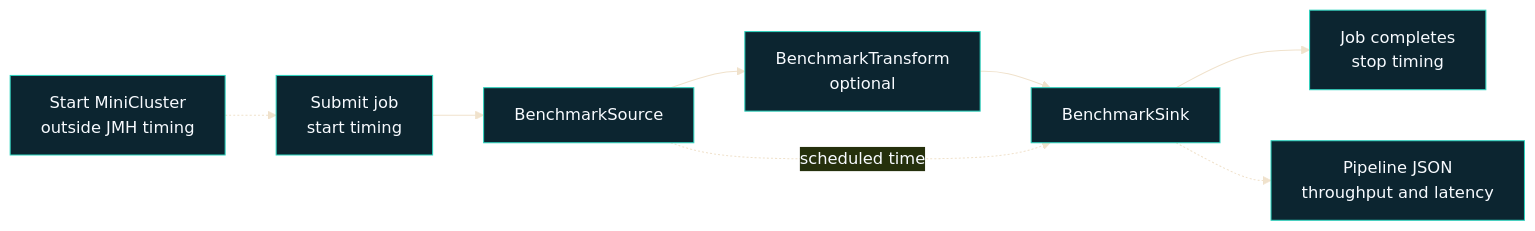
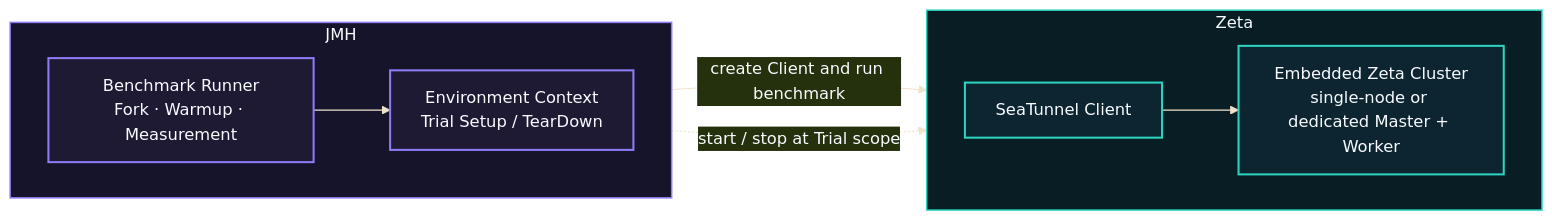
Before and after one commit to apache/seatunnel: the diagram in docs/en/engines/zeta/benchmark.md, drawn with Mermaid. The commit also changed other lines of this file and 1 other file, not shown here.

Commit message:
[Docs] Add JMH and Zeta benchmark architecture (#12062)

````diff
--- a/docs/en/engines/zeta/benchmark.md
+++ b/docs/en/engines/zeta/benchmark.md
@@ -39,11 +40,27 @@
 ```mermaid
 %%{init: {"theme": "base", "themeVariables": {"background": "#0f1d33", "primaryColor": "#0c2530", "primaryBorderColor": "#2dd4bf", "primaryTextColor": "#f8fbff", "actorBkg": "#0c2530", "actorBorder": "#2dd4bf", "actorTextColor": "#f8fbff", "activationBkgColor": "#1f1a34", "activationBorderColor": "#8d7cf6", "noteBkgColor": "#1f1a34", "noteBorderColor": "#8d7cf6", "noteTextColor": "#f8fbff", "signalColor": "#5db8e2", "signalTextColor": "#f8fbff", "labelBoxBkgColor": "#0f1d33", "labelBoxBorderColor": "#5db8e2", "labelTextColor": "#f8fbff", "loopTextColor": "#f8fbff"}}}%%
 flowchart LR
-    Setup["Start MiniCluster<br/>outside JMH timing"] -.-> Submit["Submit job<br/>start timing"]
-    Submit --> Source["BenchmarkSource"]
-    Source --> Transform["BenchmarkTransform<br/>optional"]
-    Transform --> Sink["BenchmarkSink"]
-    Sink --> Finish["Job completes<br/>stop timing"]
-    Source -. "scheduled time" .-> Sink
-    Sink -.-> Result["Pipeline JSON<br/>throughput and latency"]
+    subgraph JMH["JMH"]
+        direction LR
+        Runner["Benchmark Runner<br/>Fork · Warmup · Measurement"]
+        Context["Environment Context<br/>Trial Setup / TearDown"]
+        Runner --> Context
+    end
+
+    subgraph Zeta["Zeta"]
+        direction LR
+        Client["SeaTunnel Client"]
+        Cluster["Embedded Zeta Cluster<br/>single-node or dedicated Master + Worker"]
+        Client --> Cluster
+    end
+
+    Context -->|"create Client and run benchmark"| Client
+    Context -. "start / stop at Trial scope" .-> Cluster
+
+    classDef runner fill:#1f1a34,stroke:#8d7cf6,stroke-width:2px,color:#f8fbff
+    classDef runtime fill:#0c2530,stroke:#2dd4bf,stroke-width:2px,color:#f8fbff
+    class Runner,Context runner
+    class Client,Cluster runtime
+    style JMH fill:#15142a,stroke:#8d7cf6,stroke-width:1.5px,color:#f8fbff
+    style Zeta fill:#081d24,stroke:#2dd4bf,stroke-width:1.5px,color:#f8fbff
 ```
````
